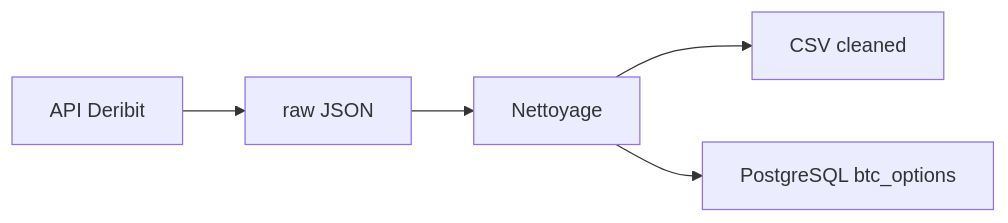
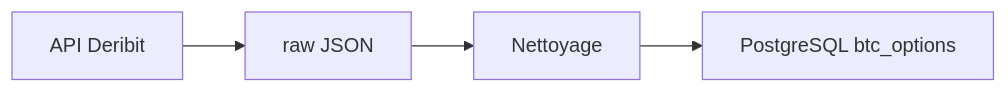
One commit to Gauthierbenoist/Projet_Option_BTC changed the diagram in data/README.md. Above: the diagram before and after it, drawn with Mermaid. The commit also changed other lines of this file and 18 other files, not shown here.

````diff
--- a/data/README.md
+++ b/data/README.md
@@ -24,7 +23,6 @@
 ```mermaid
 flowchart LR
     A[API Deribit] --> B[raw JSON]
     B --> C[Nettoyage]
-    C --> D[CSV cleaned]
-    C --> E[PostgreSQL btc_options]
+    C --> D[PostgreSQL btc_options]
 ```
````
